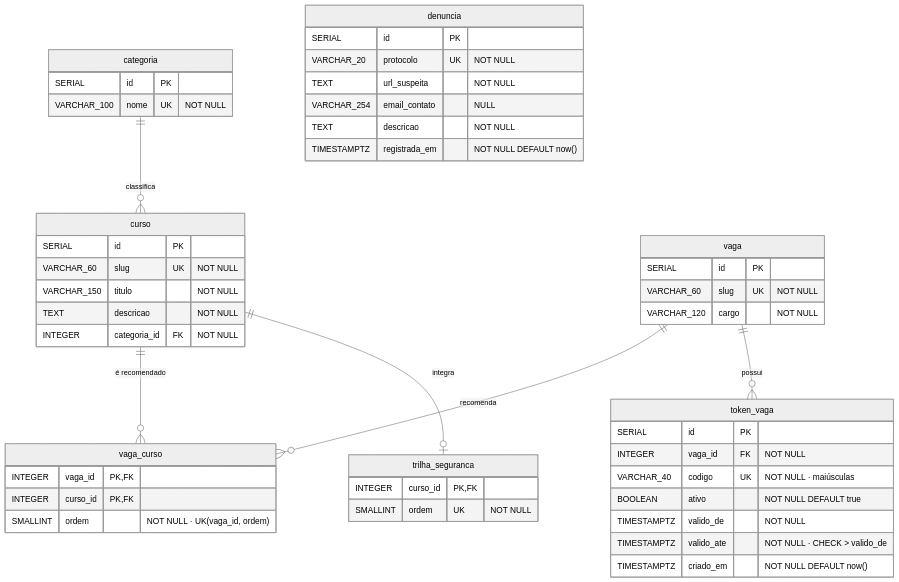
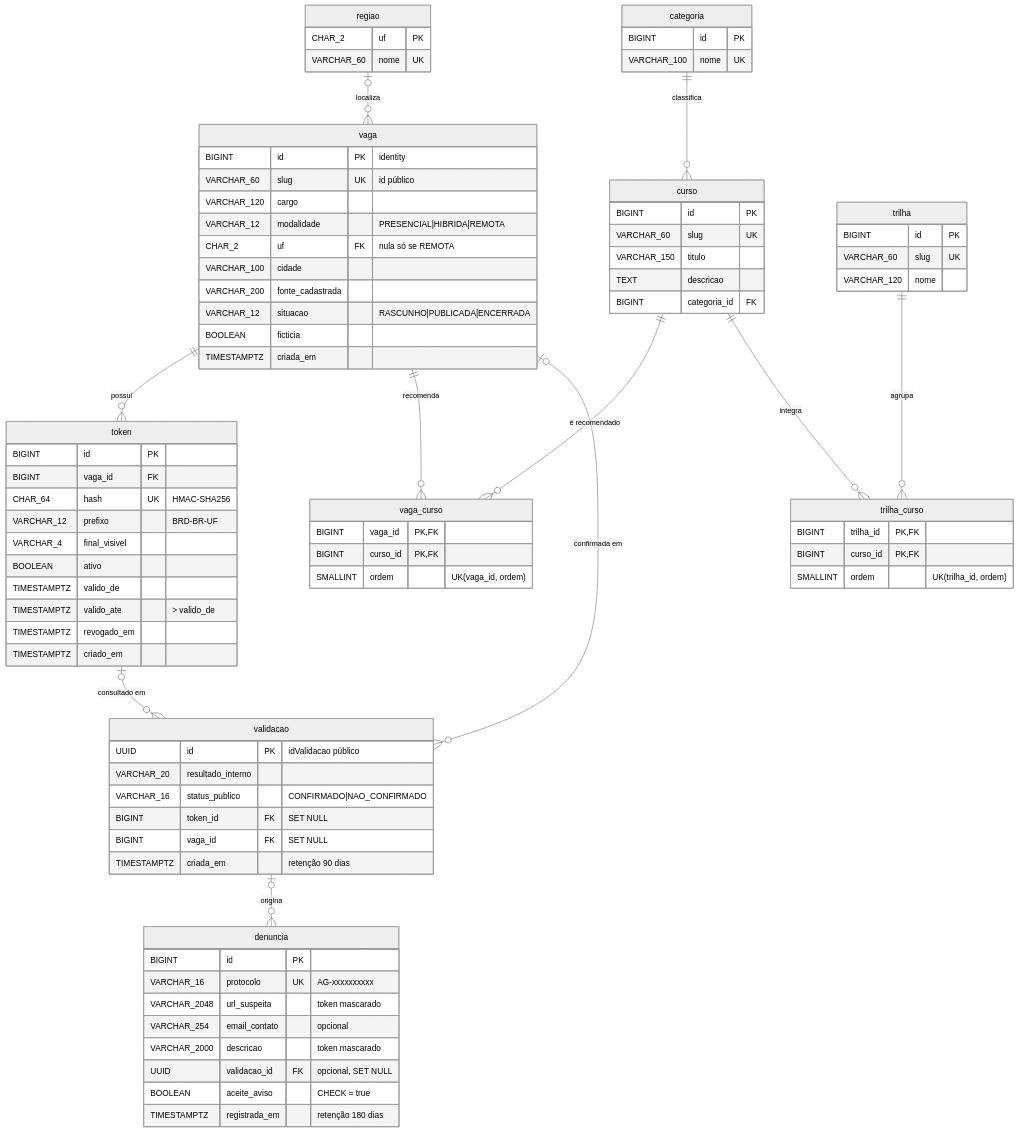
Before and after one commit to Rafael17Wenzel/Antigolpe: the diagram in docs/der.md, drawn with Mermaid (neutral theme). The commit also changed other lines of this file and 165 other files, not shown here.

````diff
--- a/docs/der.md
+++ b/docs/der.md
@@ -10,51 +12,86 @@
 ```mermaid
 erDiagram
-  categoria ||--o{ curso : "classifica"
+  regiao |o--o{ vaga : "localiza"
+  vaga ||--o{ token : "possui"
   vaga ||--o{ vaga_curso : "recomenda"
   curso ||--o{ vaga_curso : "é recomendado"
-  vaga ||--o{ token_vaga : "possui"
-  curso ||--o| trilha_seguranca : "integra"
+  categoria ||--o{ curso : "classifica"
+  trilha ||--o{ trilha_curso : "agrupa"
+  curso ||--o{ trilha_curso : "integra"
+  token |o--o{ validacao : "consultado em"
+  vaga |o--o{ validacao : "confirmada em"
+  validacao |o--o{ denuncia : "origina"
 
+  regiao {
+    CHAR_2 uf PK
+    VARCHAR_60 nome UK
+  }
+  vaga {
+    BIGINT id PK "identity"
+    VARCHAR_60 slug UK "id público"
+    VARCHAR_120 cargo
+    VARCHAR_12 modalidade "PRESENCIAL|HIBRIDA|REMOTA"
+    CHAR_2 uf FK "nula só se REMOTA"
+    VARCHAR_100 cidade
+    VARCHAR_200 fonte_cadastrada
+    VARCHAR_12 situacao "RASCUNHO|PUBLICADA|ENCERRADA"
+    BOOLEAN ficticia
+    TIMESTAMPTZ criada_em
+  }
+  token {
+    BIGINT id PK
+    BIGINT vaga_id FK
+    CHAR_64 hash UK "HMAC-SHA256"
+    VARCHAR_12 prefixo "BRD-BR-UF"
+    VARCHAR_4 final_visivel
+    BOOLEAN ativo
+    TIMESTAMPTZ valido_de
+    TIMESTAMPTZ valido_ate "> valido_de"
+    TIMESTAMPTZ revogado_em
+    TIMESTAMPTZ criado_em
+  }
   categoria {
-    SERIAL id PK
-    VARCHAR_100 nome UK "NOT NULL"
+    BIGINT id PK
+    VARCHAR_100 nome UK
   }
   curso {
-    SERIAL id PK
-    VARCHAR_60 slug UK "NOT NULL"
-    VARCHAR_150 titulo "NOT NULL"
-    TEXT descricao "NOT NULL"
-    INTEGER categoria_id FK "NOT NULL"
-  }
-  vaga {
-    SERIAL id PK
-    VARCHAR_60 slug UK "NOT NULL"
-    VARCHAR_120 cargo "NOT NULL"
+    BIGINT id PK
+    VARCHAR_60 slug UK
+    VARCHAR_150 titulo
+    TEXT descricao
+    BIGINT categoria_id FK
   }
   vaga_curso {
-    INTEGER vaga_id PK,FK
-    INTEGER curso_id PK,FK
-    SMALLINT ordem "NOT NULL · UK(vaga_id, ordem)"
+    BIGINT vaga_id PK,FK
+    BIGINT curso_id PK,FK
+    SMALLINT ordem "UK(vaga_id, ordem)"
   }
-  token_vaga {
-    SERIAL id PK
-    INTEGER vaga_id FK "NOT NULL"
-    VARCHAR_40 codigo UK "NOT NULL · maiúsculas"
-    BOOLEAN ativo "NOT NULL DEFAULT true"
-    TIMESTAMPTZ valido_de "NOT NULL"
-    TIMESTAMPTZ valido_ate "NOT NULL · CHECK > valido_de"
-    TIMESTAMPTZ criado_em "NOT NULL DEFAULT now()"
+  trilha {
+    BIGINT id PK
+    VARCHAR_60 slug UK
+    VARCHAR_120 nome
   }
-  trilha_seguranca {
-    INTEGER curso_id PK,FK
-    SMALLINT ordem UK "NOT NULL"
+  trilha_curso {
+    BIGINT trilha_id PK,FK
+    BIGINT curso_id PK,FK
+    SMALLINT ordem "UK(trilha_id, ordem)"
+  }
+  validacao {
+    UUID id PK "idValidacao público"
+    VARCHAR_20 resultado_interno
+    VARCHAR_16 status_publico "CONFIRMADO|NAO_CONFIRMADO"
+    BIGINT token_id FK "SET NULL"
+    BIGINT vaga_id FK "SET NULL"
+    TIMESTAMPTZ criada_em "retenção 90 dias"
   }
   denuncia {
-    SERIAL id PK
-    VARCHAR_20 protocolo UK "NOT NULL"
-    TEXT url_suspeita "NOT NULL"
-    VARCHAR_254 email_contato "NULL"
-    TEXT descricao "NOT NULL"
-    TIMESTAMPTZ registrada_em "NOT NULL DEFAULT now()"
+    BIGINT id PK
+    VARCHAR_16 protocolo UK "AG-xxxxxxxxxx"
+    VARCHAR_2048 url_suspeita "token mascarado"
+    VARCHAR_254 email_contato "opcional"
+    VARCHAR_2000 descricao "token mascarado"
+    UUID validacao_id FK "opcional, SET NULL"
+    BOOLEAN aceite_aviso "CHECK = true"
+    TIMESTAMPTZ registrada_em "retenção 180 dias"
   }
 ```
````
